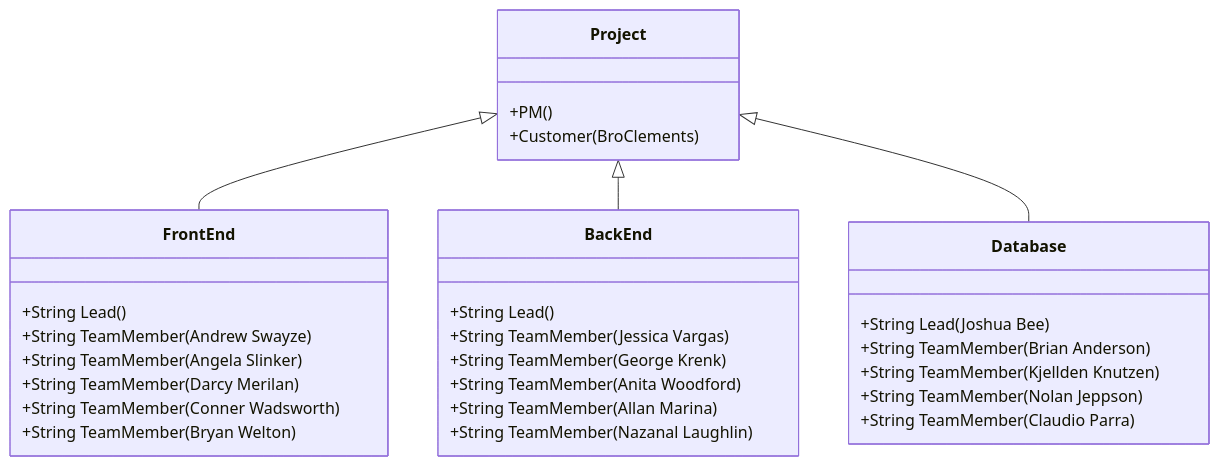
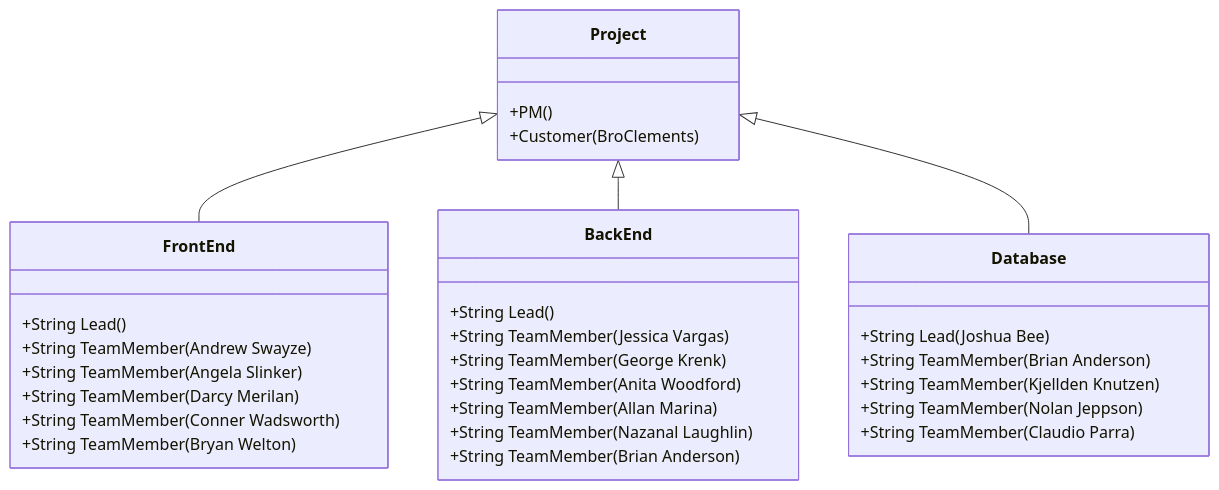
One commit to byui-cse397/2024WinCSE490PCP changed the second of 2 diagrams in ProjectManagement/OrganizationChart/OrganizationChart.md. Above: the diagram before and after it, drawn with Mermaid.

````diff
--- a/ProjectManagement/OrganizationChart/OrganizationChart.md
+++ b/ProjectManagement/OrganizationChart/OrganizationChart.md
@@ -33,31 +33,32 @@
 ```mermaid
 classDiagram
       Project <|-- FrontEnd
       Project <|-- BackEnd
       Project <|-- Database
       Project : +PM()
       Project : +Customer(BroClements)
       class FrontEnd{
           +String Lead()
           +String TeamMember(Andrew Swayze)
           +String TeamMember(Angela Slinker)
           +String TeamMember(Darcy Merilan)
           +String TeamMember(Conner Wadsworth)
           +String TeamMember(Bryan Welton)
       }
       class BackEnd{
           +String Lead()
           +String TeamMember(Jessica Vargas)
           +String TeamMember(George Krenk)
           +String TeamMember(Anita Woodford)
           +String TeamMember(Allan Marina)
           +String TeamMember(Nazanal Laughlin)
+          +String TeamMember(Brian Anderson)
       }
       class Database{
           +String Lead(Joshua Bee)
           +String TeamMember(Brian Anderson)
           +String TeamMember(Kjellden Knutzen)
           +String TeamMember(Nolan Jeppson)
           +String TeamMember(Claudio Parra)
       }
 ```
````
